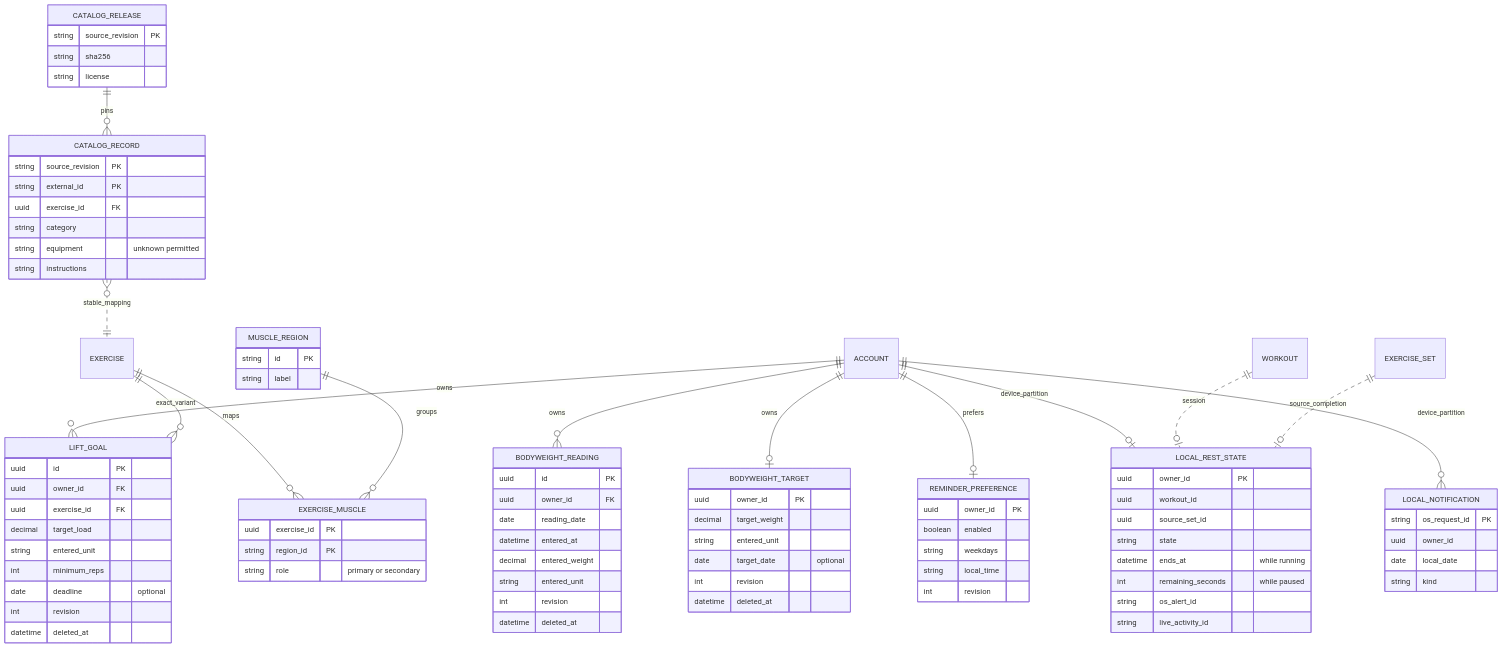
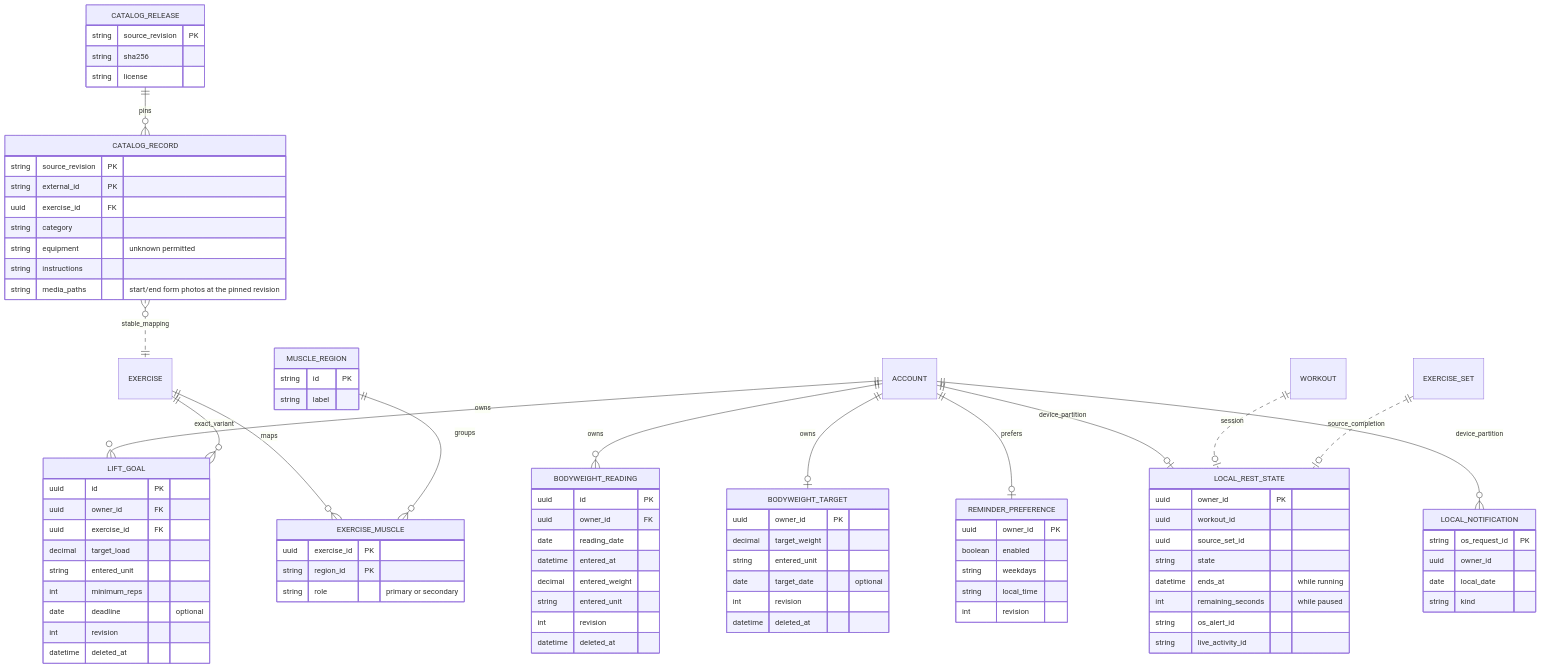
Before and after one commit to SebasLopez2005/SWEProject1: the diagram in docs/part2/design/diagrams/05-training-data.mmd, drawn with Mermaid. The commit also changed 9 other files, not shown here.

First line of the commit message:
Design: Claude round 2 requirements and diagram updates

```diff
--- a/docs/part2/design/diagrams/05-training-data.mmd
+++ b/docs/part2/design/diagrams/05-training-data.mmd
@@ -1,89 +1,90 @@
 erDiagram
     ACCOUNT ||--o{ LIFT_GOAL : owns
     ACCOUNT ||--o{ BODYWEIGHT_READING : owns
     ACCOUNT ||--o| BODYWEIGHT_TARGET : owns
     ACCOUNT ||--o| REMINDER_PREFERENCE : prefers
     ACCOUNT ||--o| LOCAL_REST_STATE : device_partition
     ACCOUNT ||--o{ LOCAL_NOTIFICATION : device_partition
     WORKOUT ||..o| LOCAL_REST_STATE : session
     EXERCISE_SET ||..o| LOCAL_REST_STATE : source_completion
     EXERCISE ||--o{ LIFT_GOAL : exact_variant
     EXERCISE ||--o{ EXERCISE_MUSCLE : maps
     MUSCLE_REGION ||--o{ EXERCISE_MUSCLE : groups
     CATALOG_RELEASE ||--o{ CATALOG_RECORD : pins
     CATALOG_RECORD }o..|| EXERCISE : stable_mapping
 
     LIFT_GOAL {
       uuid id PK
       uuid owner_id FK
       uuid exercise_id FK
       decimal target_load
       string entered_unit
       int minimum_reps
       date deadline "optional"
       int revision
       datetime deleted_at
     }
     BODYWEIGHT_READING {
       uuid id PK
       uuid owner_id FK
       date reading_date
       datetime entered_at
       decimal entered_weight
       string entered_unit
       int revision
       datetime deleted_at
     }
     BODYWEIGHT_TARGET {
       uuid owner_id PK
       decimal target_weight
       string entered_unit
       date target_date "optional"
       int revision
       datetime deleted_at
     }
     REMINDER_PREFERENCE {
       uuid owner_id PK
       boolean enabled
       string weekdays
       string local_time
       int revision
     }
     LOCAL_REST_STATE {
       uuid owner_id PK
       uuid workout_id
       uuid source_set_id
       string state
       datetime ends_at "while running"
       int remaining_seconds "while paused"
       string os_alert_id
       string live_activity_id
     }
     LOCAL_NOTIFICATION {
       string os_request_id PK
       uuid owner_id
       date local_date
       string kind
     }
     CATALOG_RELEASE {
       string source_revision PK
       string sha256
       string license
     }
     CATALOG_RECORD {
       string source_revision PK
       string external_id PK
       uuid exercise_id FK
       string category
       string equipment "unknown permitted"
       string instructions
+      string media_paths "start/end form photos at the pinned revision"
     }
     EXERCISE_MUSCLE {
       uuid exercise_id PK
       string region_id PK
       string role "primary or secondary"
     }
     MUSCLE_REGION {
       string id PK
       string label
     }
```
